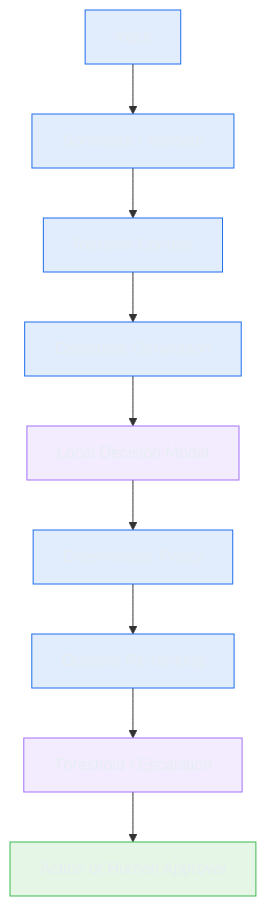
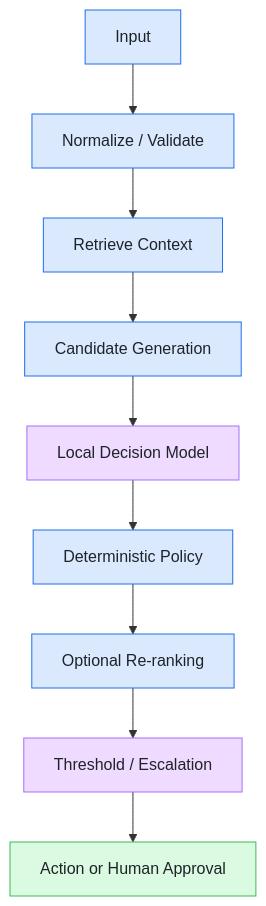
One commit to markfietje/brain-server changed the fourth of 4 diagrams in README.md. Above: the diagram before and after it, drawn with Mermaid. The commit also changed other lines of this file, not shown here.

Commit message:
docs: fix README mermaid node text — opaque light fills + dark fg for light-mode legibility

````diff
--- a/README.md
+++ b/README.md
@@ -323,18 +323,18 @@
 ```mermaid
 flowchart TD
     I["Input"] --> NV["Normalize / Validate"]
     NV --> RC["Retrieve Context"]
     RC --> CG["Candidate Generation"]
     CG --> DM["Local Decision Model"]
     DM --> DP["Deterministic Policy"]
     DP --> RR["Optional Re-ranking"]
     RR --> TH["Threshold / Escalation"]
     TH --> AC["Action or Human Approval"]
 
-    classDef stages fill:#1f6feb22,stroke:#1f6feb,color:#e6edf3
-    classDef decision fill:#a371f722,stroke:#a371f7,color:#e6edf3
-    classDef human fill:#3fb95022,stroke:#3fb950,color:#e6edf3
+    classDef stages fill:#dbe9ff,stroke:#1f6feb,color:#1f2328
+    classDef decision fill:#efdbff,stroke:#a371f7,color:#1f2328
+    classDef human fill:#dafbe1,stroke:#3fb950,color:#1f2328
     class I,NV,RC,CG,DP,RR stages
     class DM,TH decision
     class AC human
 ```
````
